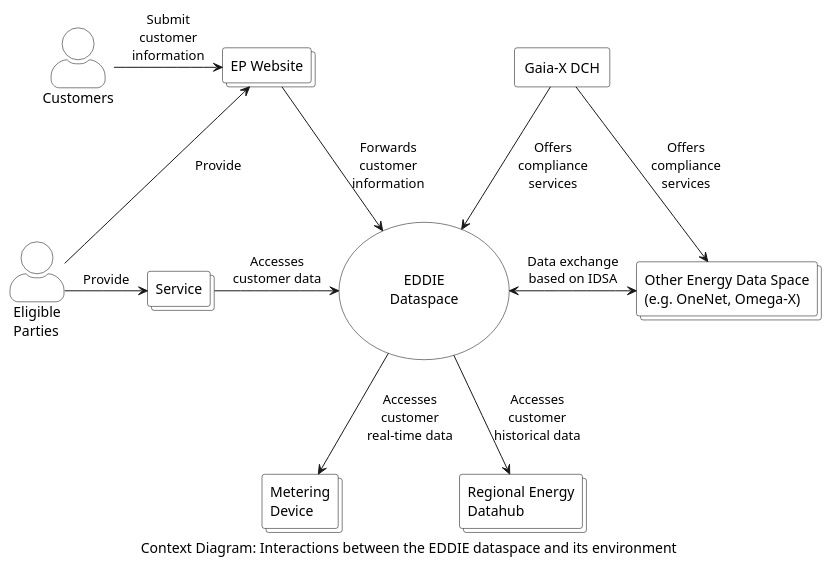
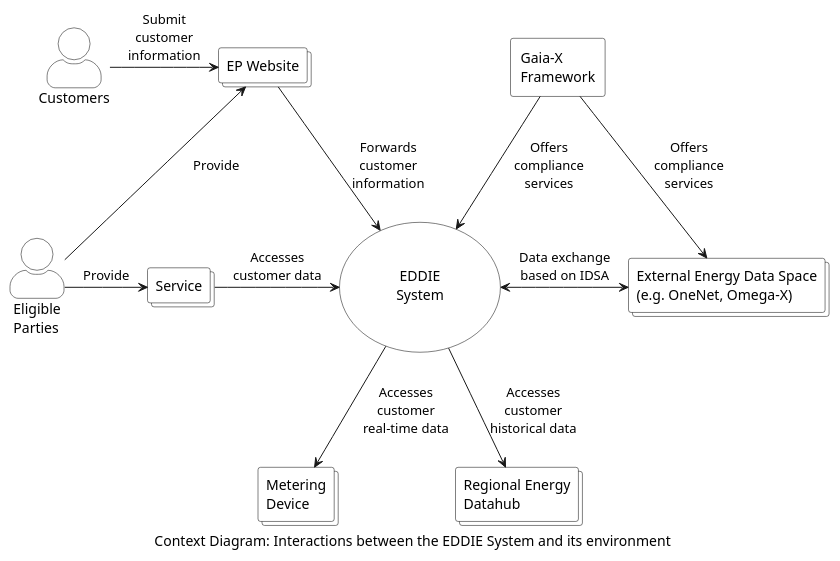
One commit to eddie-energy/architecture changed the diagram in arc42/system-scope-and-context/figures/context-diagram-dataspace.puml. Above: the diagram before and after it, drawn with PlantUML. The commit also changed 2 other files, not shown here.

Commit message:
Update business context figure

```diff
--- a/arc42/system-scope-and-context/figures/context-diagram-dataspace.puml
+++ b/arc42/system-scope-and-context/figures/context-diagram-dataspace.puml
@@ -1,52 +1,52 @@
 @startuml context-diagram-dataspace
 'context diagram
-caption Context Diagram: Interactions between the EDDIE dataspace and its environment
+caption Context Diagram: Interactions between the EDDIE System and its environment
 
 skinparam usecase {
   BorderColor black
   BackgroundColor transparent
 }
 skinparam rectangle {
   BorderColor black
   BackgroundColor transparent
 }
 skinparam collections {
   BorderColor black
   BackgroundColor white
 }
 skinparam actorStyle awesome
 skinparam actor {
   BorderColor black
   BackgroundColor white
 }
 
-rectangle "Gaia-X DCH" as gaiaX
-usecase "\n\nEDDIE\nDataspace\n\n" as eddie
+rectangle "Gaia-X\nFramework" as gaiaX
+collections "External Energy Data Space\n(e.g. OneNet, Omega-X)" as dataSpaces
+usecase "\n\nEDDIE\nSystem\n\n" as eddie
 collections "Metering\nDevice" as smartMeter
 collections "Regional Energy\nDatahub" as regionalData
 collections "EP Website" as website
 collections "Service" as service
-collections "Other Energy Data Space\n(e.g. OneNet, Omega-X)" as dataSpaces
 
 actor "Eligible\nParties" as ep
 actor "Customers" as customer
 
 gaiaX -down-> eddie : Offers\ncompliance\nservices
 gaiaX -down-> dataSpaces : Offers\ncompliance\nservices
 
 eddie <-right-> dataSpaces : Data exchange\nbased on IDSA
 
 service -right-> eddie : Accesses\ncustomer data
 eddie -down-> regionalData : Accesses\ncustomer\nhistorical data
 eddie -down-> smartMeter : Accesses\ncustomer\nreal-time data
 website -right-> eddie : Forwards\ncustomer\ninformation
 smartMeter -[hidden] regionalData : \t\t\t
 website -[hidden] gaiaX : \t\t\t\t\t\t
 
 
 ep -right-> service : Provide
 ep -up-> website : Provide
 
 customer -right-> website : Submit\ncustomer\ninformation
 
 @enduml
```
